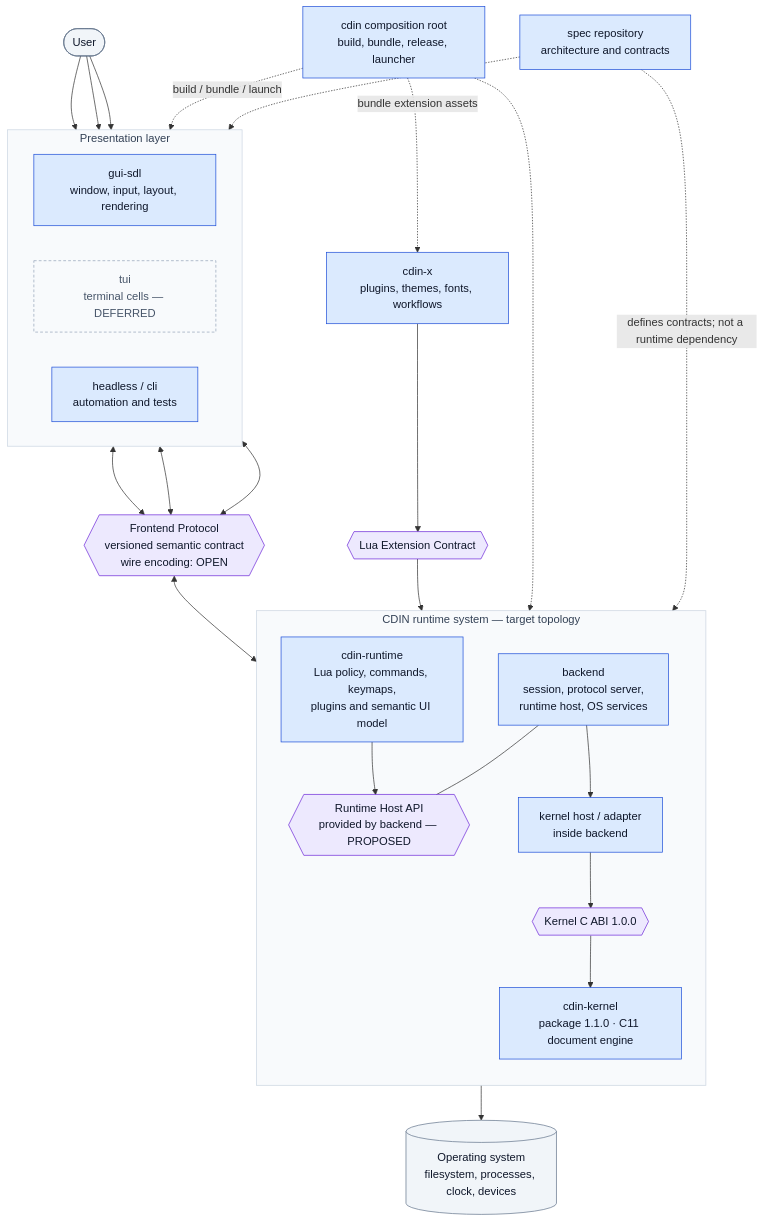
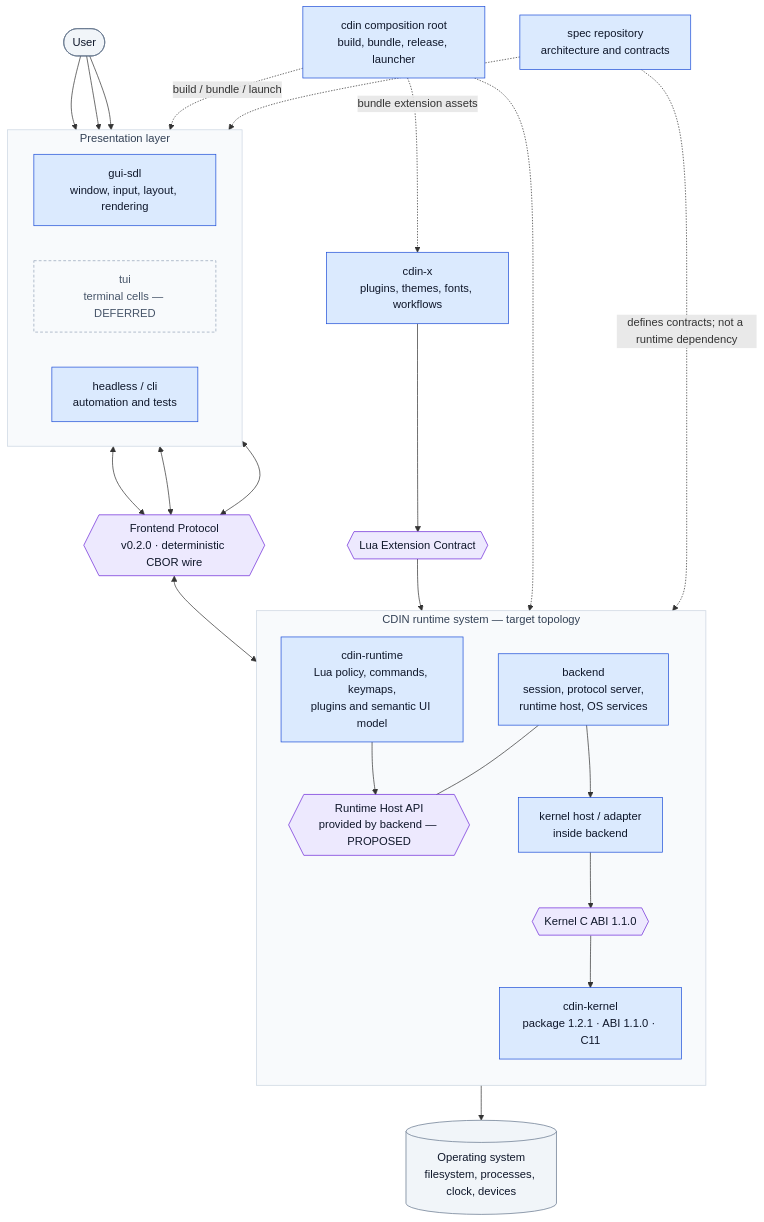
Before and after one commit to cdin-editor/spec: the diagram in README.md, drawn with Mermaid. The commit also changed other lines of this file and 34 other files, not shown here.

````diff
--- a/README.md
+++ b/README.md
@@ -15,57 +15,57 @@
 ```mermaid
 flowchart TB
     USER(["User"])
 
     subgraph PRESENTATION["Presentation layer"]
         direction LR
         GUI["gui-sdl<br/>window, input, layout, rendering"]
         TUI["tui<br/>terminal cells — DEFERRED"]
         HEADLESS["headless / cli<br/>automation and tests"]
     end
-    FP{{"Frontend Protocol<br/>versioned semantic contract<br/>wire encoding: OPEN"}}
+    FP{{"Frontend Protocol<br/>v0.2.0 · deterministic CBOR wire"}}
 
     subgraph PRODUCT["CDIN runtime system — target topology"]
         direction TB
         BE["backend<br/>session, protocol server,<br/>runtime host, OS services"]
         RHA{{"Runtime Host API<br/>provided by backend — PROPOSED"}}
         RT["cdin-runtime<br/>Lua policy, commands, keymaps,<br/>plugins and semantic UI model"]
         KHOST["kernel host / adapter<br/>inside backend"]
-        KABI{{"Kernel C ABI 1.0.0"}}
-        K["cdin-kernel<br/>package 1.1.0 · C11 document engine"]
+        KABI{{"Kernel C ABI 1.1.0"}}
+        K["cdin-kernel<br/>package 1.2.1 · ABI 1.1.0 · C11"]
         BE --- RHA
         RT --> RHA
         BE --> KHOST --> KABI --> K
     end
 
     EXTAPI{{"Lua Extension Contract"}}
     X["cdin-x<br/>plugins, themes, fonts, workflows"]
     OS[("Operating system<br/>filesystem, processes, clock, devices")]
     ROOT["cdin composition root<br/>build, bundle, release, launcher"]
     SPEC["spec repository<br/>architecture and contracts"]
 
     USER --> GUI
     USER --> TUI
     USER --> HEADLESS
     GUI <--> FP
     TUI <--> FP
     HEADLESS <--> FP
     FP <--> BE
     X --> EXTAPI --> RT
     BE --> OS
     ROOT -. "build / bundle / launch" .-> PRESENTATION
     ROOT -.-> PRODUCT
     ROOT -. "bundle extension assets" .-> X
     SPEC -. "defines contracts; not a runtime dependency" .-> PRODUCT
     SPEC -.-> PRESENTATION
 
     classDef comp fill:#dbeafe,stroke:#1d4ed8,color:#0f172a
     classDef contract fill:#ede9fe,stroke:#6d28d9,color:#0f172a
     classDef external fill:#f1f5f9,stroke:#64748b,color:#0f172a
     classDef group fill:#f8fafc,stroke:#cbd5e1,color:#334155
     classDef deferred fill:#f8fafc,stroke:#94a3b8,color:#475569,stroke-dasharray:4 3
     class TUI deferred
     class GUI,HEADLESS,BE,K,KHOST,RT,ROOT,SPEC,X comp
     class FP,RHA,KABI,EXTAPI contract
     class OS,USER external
     class PRESENTATION,PRODUCT group
 ```
````
